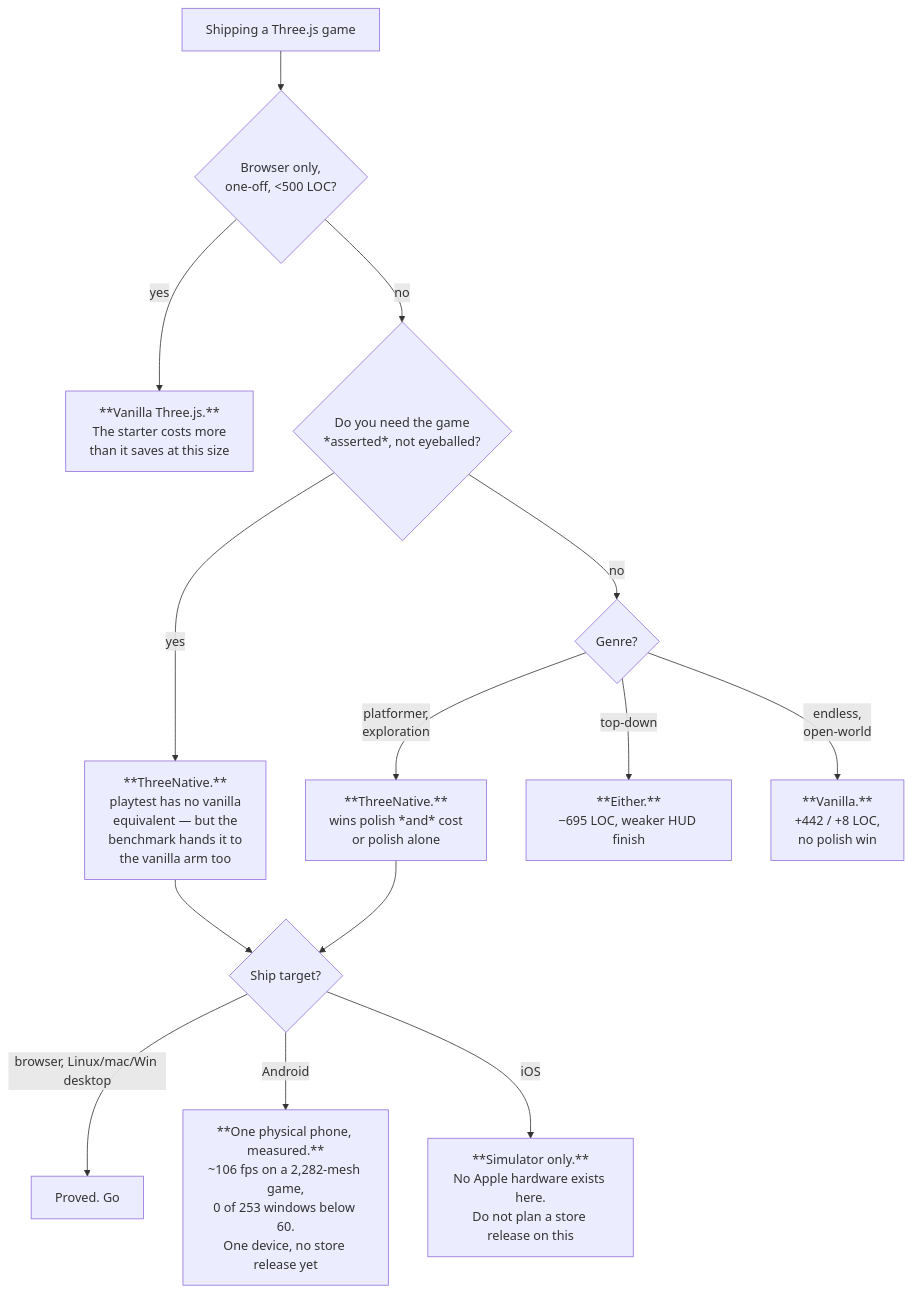
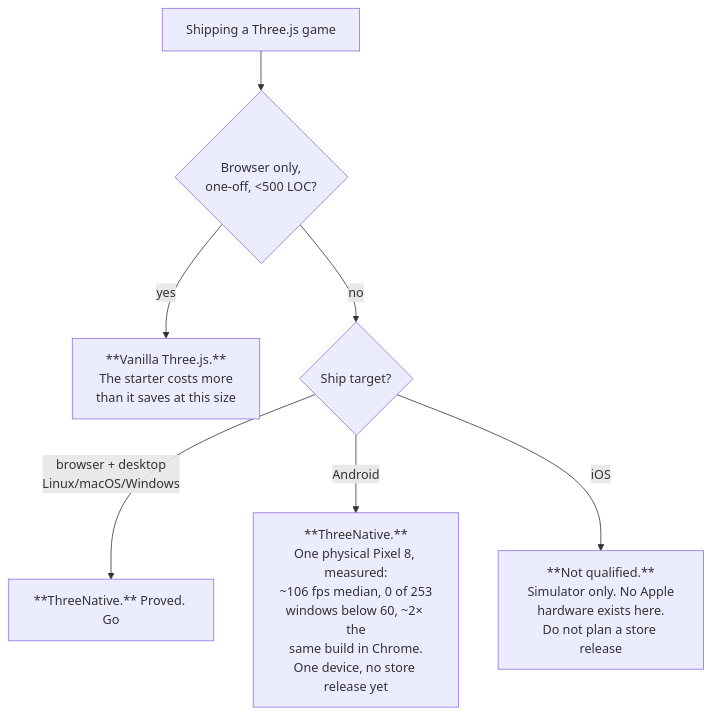
Before and after one commit to ThreeNativeHQ/threenative: the diagram in docs/strategy/VALUE-PROPOSITION.md, drawn with Mermaid. The commit also changed other lines of this file and 2 other files, not shown here.

````diff
--- a/docs/strategy/VALUE-PROPOSITION.md
+++ b/docs/strategy/VALUE-PROPOSITION.md
@@ -30,16 +31,9 @@
 ```mermaid
 flowchart TD
-    start["Shipping a Three.js game"] --> web{"Browser only,<br/>one-off, &lt;500 LOC?"}
-    web -->|yes| vanilla["**Vanilla Three.js.**<br/>The starter costs more<br/>than it saves at this size"]
-    web -->|no| assert{"Do you need the game<br/>*asserted*, not eyeballed?"}
-    assert -->|no| genre
-    assert -->|yes| tn1["**ThreeNative.**<br/>playtest has no vanilla<br/>equivalent — but the<br/>benchmark hands it to<br/>the vanilla arm too"]
-    genre{"Genre?"} -->|platformer,<br/>exploration| tn2["**ThreeNative.**<br/>wins polish *and* cost<br/>or polish alone"]
-    genre -->|top-down| mixed["**Either.**<br/>−695 LOC, weaker HUD finish"]
-    genre -->|endless,<br/>open-world| vanilla2["**Vanilla.**<br/>+442 / +8 LOC,<br/>no polish win"]
-    tn1 --> plat{"Ship target?"}
-    tn2 --> plat
-    plat -->|browser, Linux/mac/Win desktop| ok["Proved. Go"]
-    plat -->|Android| android["**One physical phone, measured.**<br/>~106 fps on a 2,282-mesh game,<br/>0 of 253 windows below 60.<br/>One device, no store release yet"]
-    plat -->|iOS| caution["**Simulator only.**<br/>No Apple hardware exists here.<br/>Do not plan a store release on this"]
+    start["Shipping a Three.js game"] --> size{"Browser only,<br/>one-off, &lt;500 LOC?"}
+    size -->|yes| vanilla["**Vanilla Three.js.**<br/>The starter costs more<br/>than it saves at this size"]
+    size -->|no| plat{"Ship target?"}
+    plat -->|browser + desktop<br/>Linux/macOS/Windows| ok["**ThreeNative.** Proved. Go"]
+    plat -->|Android| android["**ThreeNative.**<br/>One physical Pixel 8, measured:<br/>~106 fps median, 0 of 253<br/>windows below 60, ~2× the<br/>same build in Chrome.<br/>One device, no store release yet"]
+    plat -->|iOS| caution["**Not qualified.**<br/>Simulator only. No Apple<br/>hardware exists here.<br/>Do not plan a store release"]
 ```
````
